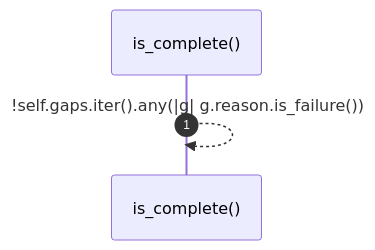
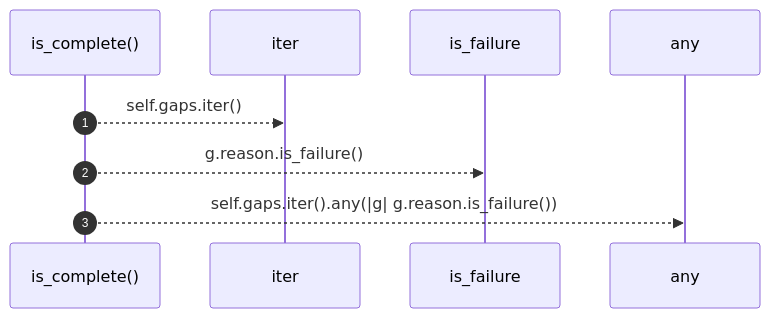
One commit to RyanGuild/self-describing-code changed the first of 5 diagrams in docs/self-model/robby_ir/coverage/impl-filecoverage.md. Above: the diagram before and after it, drawn with Mermaid. The commit also changed other lines of this file and 1404 other files, not shown here.

````diff
--- a/docs/self-model/robby_ir/coverage/impl-filecoverage.md
+++ b/docs/self-model/robby_ir/coverage/impl-filecoverage.md
@@ -77,6 +88,11 @@
 ```mermaid
 sequenceDiagram
     autonumber
     participant is_complete as is_complete()
-    is_complete-->>is_complete: !self.gaps.iter().any(|g| g.reason.is_failure())
+    participant iter as iter
+    participant is_failure as is_failure
+    participant any as any
+    is_complete-->>iter: self.gaps.iter()
+    is_complete-->>is_failure: g.reason.is_failure()
+    is_complete-->>any: self.gaps.iter().any(|g| g.reason.is_failure())
 ```
````
